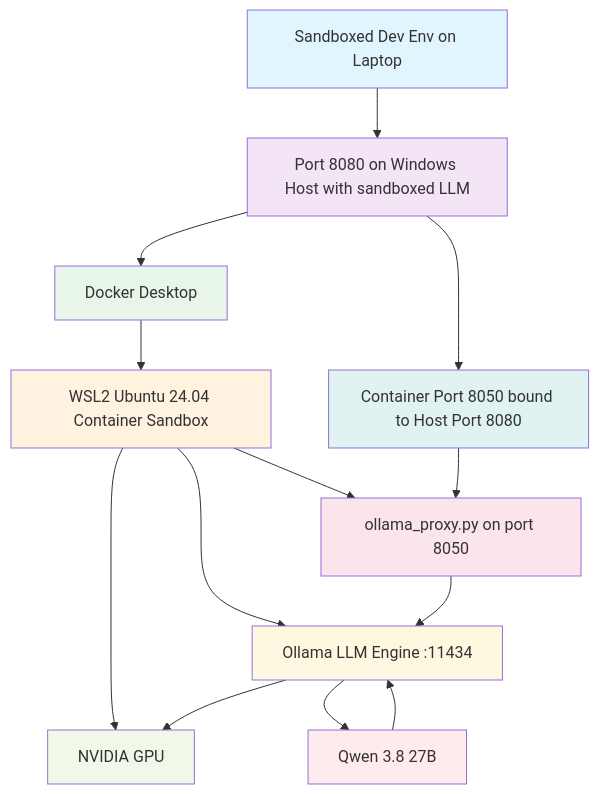
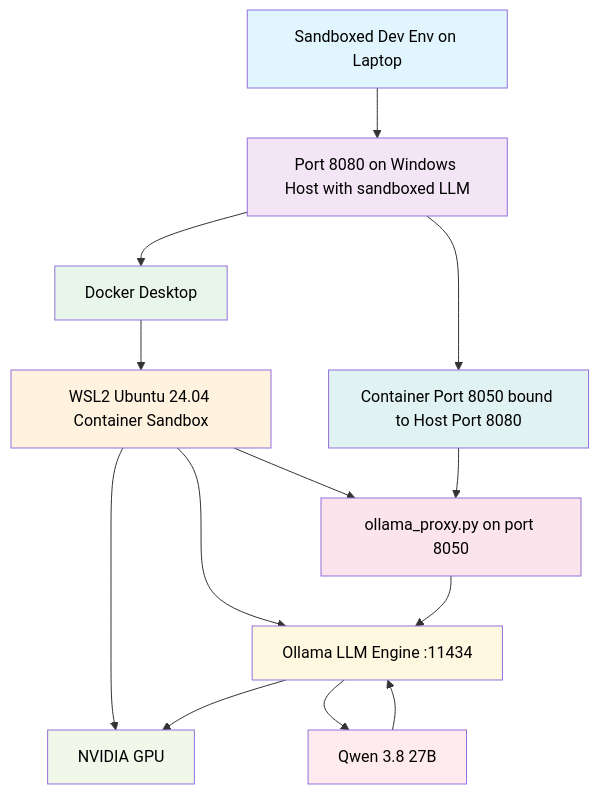
One commit to Bureau-Of-Control/ContainmentProcedures changed the diagram in local_llm_setup.md. Above: the diagram before and after it, drawn with Mermaid. The commit also changed other lines of this file and 2 other files, not shown here.

Commit message:
FBC:01.012: Small improvements to proxy and harness setup in regard of reasoning loops

````diff
--- a/local_llm_setup.md
+++ b/local_llm_setup.md
@@ -9,25 +9,27 @@
 ```mermaid
 graph TD
-    A[Sandboxed Dev Env on Laptop] --> B[Port 8080 on Windows Host with sandboxed LLM]
-    B --> C[Docker Desktop]
-    C --> D[WSL2 Ubuntu 24.04 Container Sandbox]
-    D --> F[NVIDIA GPU]
-    D --> P[ollama_proxy.py on port 8050]
-    D --> G[Ollama LLM Engine :11434]
+    A[Sandboxed Dev Env on Laptop]:::blackText --> B[Port 8080 on Windows Host with sandboxed LLM]:::blackText
+    B --> C[Docker Desktop]:::blackText
+    C --> D[WSL2 Ubuntu 24.04 Container Sandbox]:::blackText
+    D --> F[NVIDIA GPU]:::blackText
+    D --> P[ollama_proxy.py on port 8050]:::blackText
+    D --> G[Ollama LLM Engine :11434]:::blackText
     G --> F
-    G --> H[Qwen 3.8 27B]
+    G --> H[Qwen 3.8 27B]:::blackText
     H --> G
     P --> G
-    B --> I[Container Port 8050 bound to Host Port 8080]
+    B --> I[Container Port 8050 bound to Host Port 8080]:::blackText
     I --> P
 
     style A fill:#e1f5fe
     style B fill:#f3e5f5
     style C fill:#e8f5e9
     style D fill:#fff3e0
     style F fill:#f1f8e9
     style G fill:#fff8e1
     style H fill:#ffebee
     style I fill:#e0f2f1
     style P fill:#fce4ec
+
+    classDef blackText color:#000000;
 ```
````
